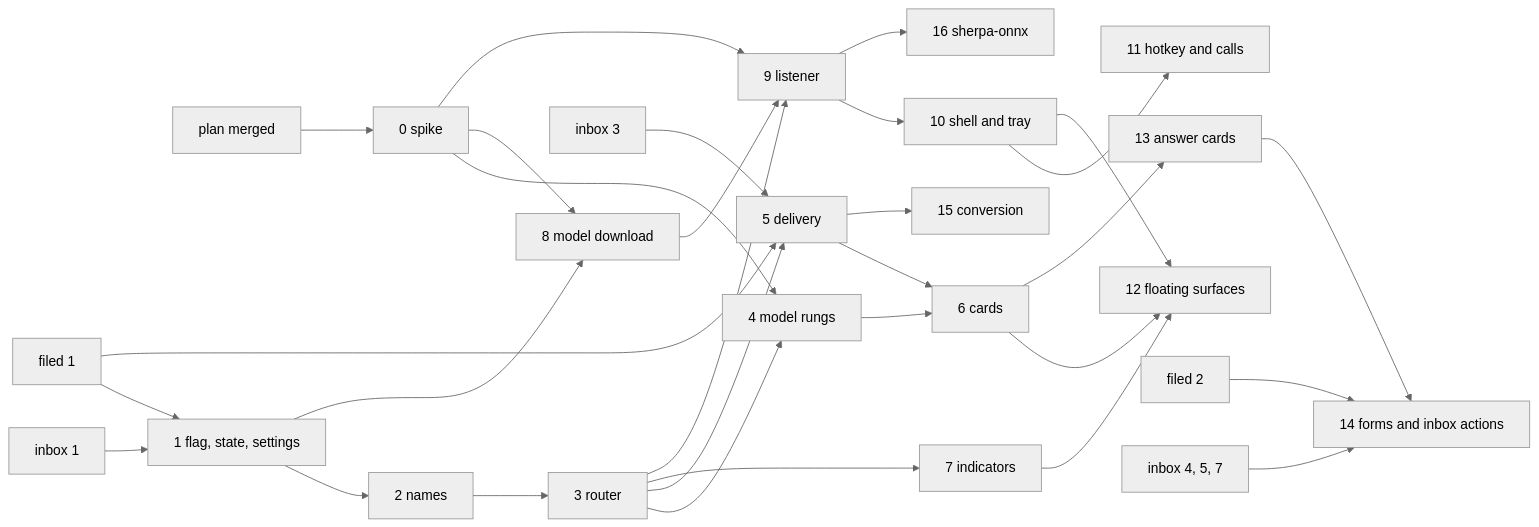
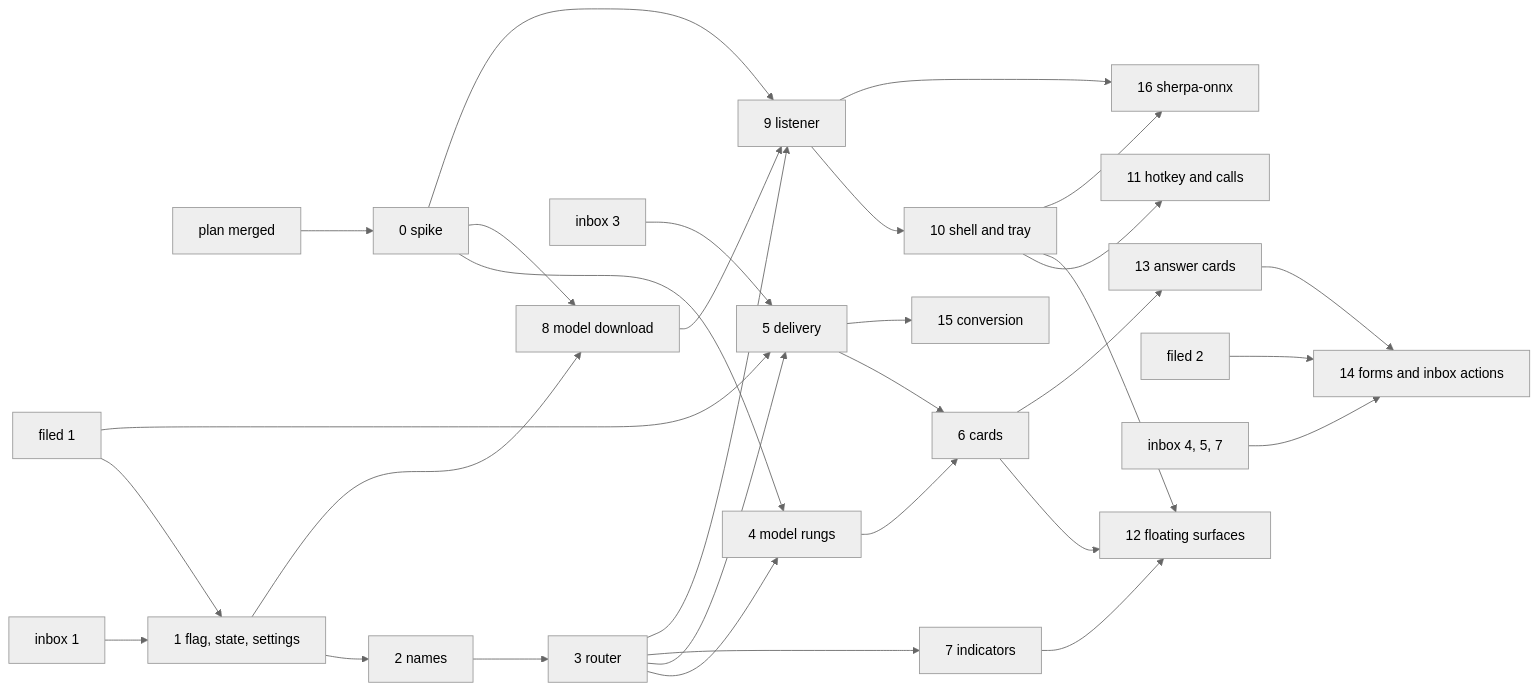
The diagram in docs/plans/voice-addressing-for-agents/phased-plan.md (teamupstart/mission-control), drawn with Mermaid (neutral theme) before and after one commit. The commit also changed other lines of this file and 11 other files, not shown here.

````diff
--- a/docs/plans/voice-addressing-for-agents/phased-plan.md
+++ b/docs/plans/voice-addressing-for-agents/phased-plan.md
@@ -66,32 +95,33 @@
 ```mermaid
 graph LR
   P[plan merged] --> P0[0 spike]
   I1[inbox 1] --> P1[1 flag, state, settings]
   F1[filed 1] --> P1
   P1 --> P2[2 names]
   P2 --> P3[3 router]
   P0 --> P4[4 model rungs]
   P3 --> P4
   P3 --> P5[5 delivery]
   I3[inbox 3] --> P5
   F1 --> P5
   P4 --> P6[6 cards]
   P5 --> P6
   P3 --> P7[7 indicators]
   P0 --> P8[8 model download]
   P1 --> P8
   P8 --> P9[9 listener]
   P3 --> P9
   P0 --> P9
   P9 --> P10[10 shell and tray]
   P10 --> P11[11 hotkey and calls]
   P6 --> P12[12 floating surfaces]
   P7 --> P12
   P10 --> P12
   P6 --> P13[13 answer cards]
   P13 --> P14[14 forms and inbox actions]
   F2[filed 2] --> P14
   I4[inbox 4, 5, 7] --> P14
   P5 --> P15[15 conversion]
   P9 --> P16[16 sherpa-onnx]
+  P10 --> P16
 ```
````
